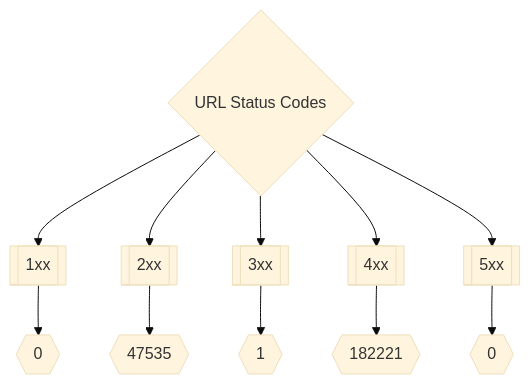
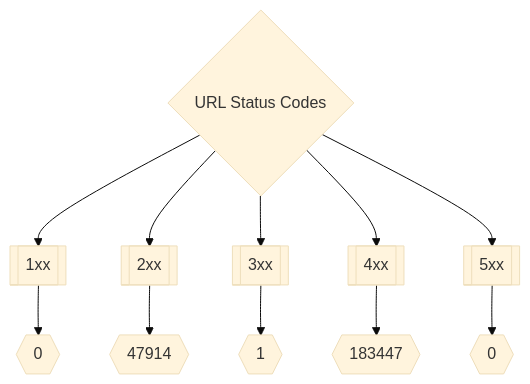
Before and after one commit to trickest/inventory: the second of 3 diagrams in README.md, drawn with Mermaid (base theme). The commit also changed other lines of this file and 109 other files, not shown here.

````diff
--- a/README.md
+++ b/README.md
@@ -173,8 +173,8 @@
 ```mermaid
 graph TD
 title{URL Status Codes} --> 1xx[[1xx]] --> status1xxNum{{0}}
-title --> 2xx[[2xx]] --> status2xxNum{{47535}}
+title --> 2xx[[2xx]] --> status2xxNum{{47914}}
 title --> 3xx[[3xx]] --> status3xxNum{{1}}
-title --> 4xx[[4xx]] --> status4xxNum{{182221}}
+title --> 4xx[[4xx]] --> status4xxNum{{183447}}
 title --> 5xx[[5xx]] --> status5xxNum{{0}}
 ```
````
